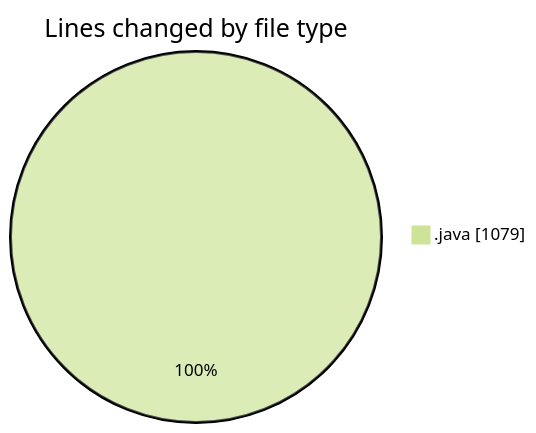
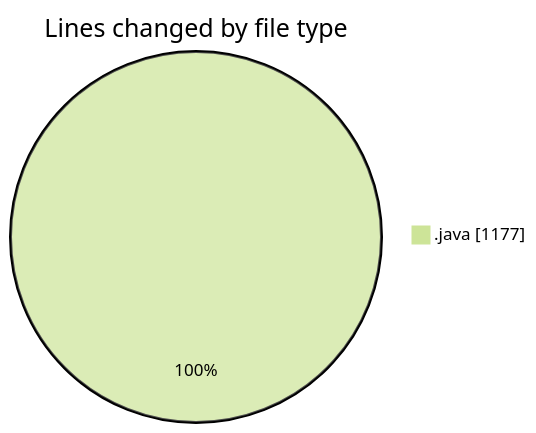
Before and after one commit to Elitesun/code-tracking: the first of 2 diagrams in 2025-02-20/gymmanager/README.md, drawn with Mermaid (forest theme). The commit also changed other lines of this file and 1 other file, not shown here.

````diff
--- a/2025-02-20/gymmanager/README.md
+++ b/2025-02-20/gymmanager/README.md
@@ -27,5 +29,5 @@
 ```mermaid
 pie showData
 title Lines changed by file type
-".java" : 1079
+".java" : 1177
 ```
````
